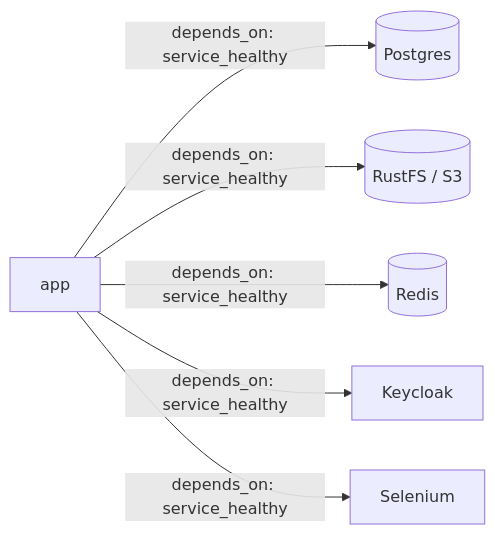
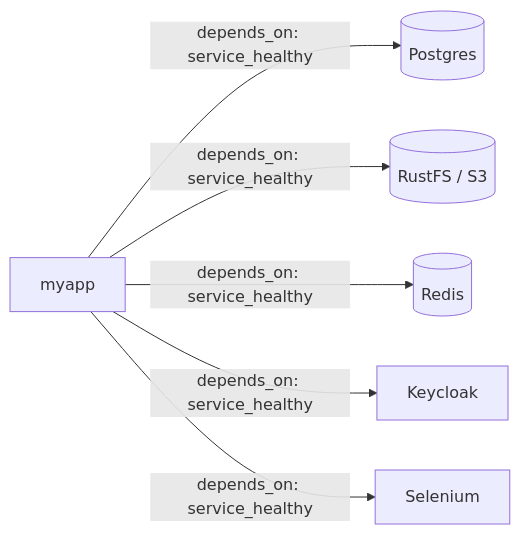
One commit to craftainer/template-fastapi changed the first of 2 diagrams in docs/architecture.md. Above: the diagram before and after it, drawn with Mermaid. The commit also changed other lines of this file and 17 other files, not shown here.

First line of the commit message:
fix(devcontainer): rename dev service app -> myapp

````diff
--- a/docs/architecture.md
+++ b/docs/architecture.md
@@ -24,8 +24,8 @@
 ```mermaid
 graph LR
-    app -->|depends_on: service_healthy| postgres[(Postgres)]
-    app -->|depends_on: service_healthy| s3[(RustFS / S3)]
-    app -->|depends_on: service_healthy| redis[(Redis)]
-    app -->|depends_on: service_healthy| keycloak[Keycloak]
-    app -->|depends_on: service_healthy| selenium[Selenium]
+    myapp -->|depends_on: service_healthy| postgres[(Postgres)]
+    myapp -->|depends_on: service_healthy| s3[(RustFS / S3)]
+    myapp -->|depends_on: service_healthy| redis[(Redis)]
+    myapp -->|depends_on: service_healthy| keycloak[Keycloak]
+    myapp -->|depends_on: service_healthy| selenium[Selenium]
 ```
````
